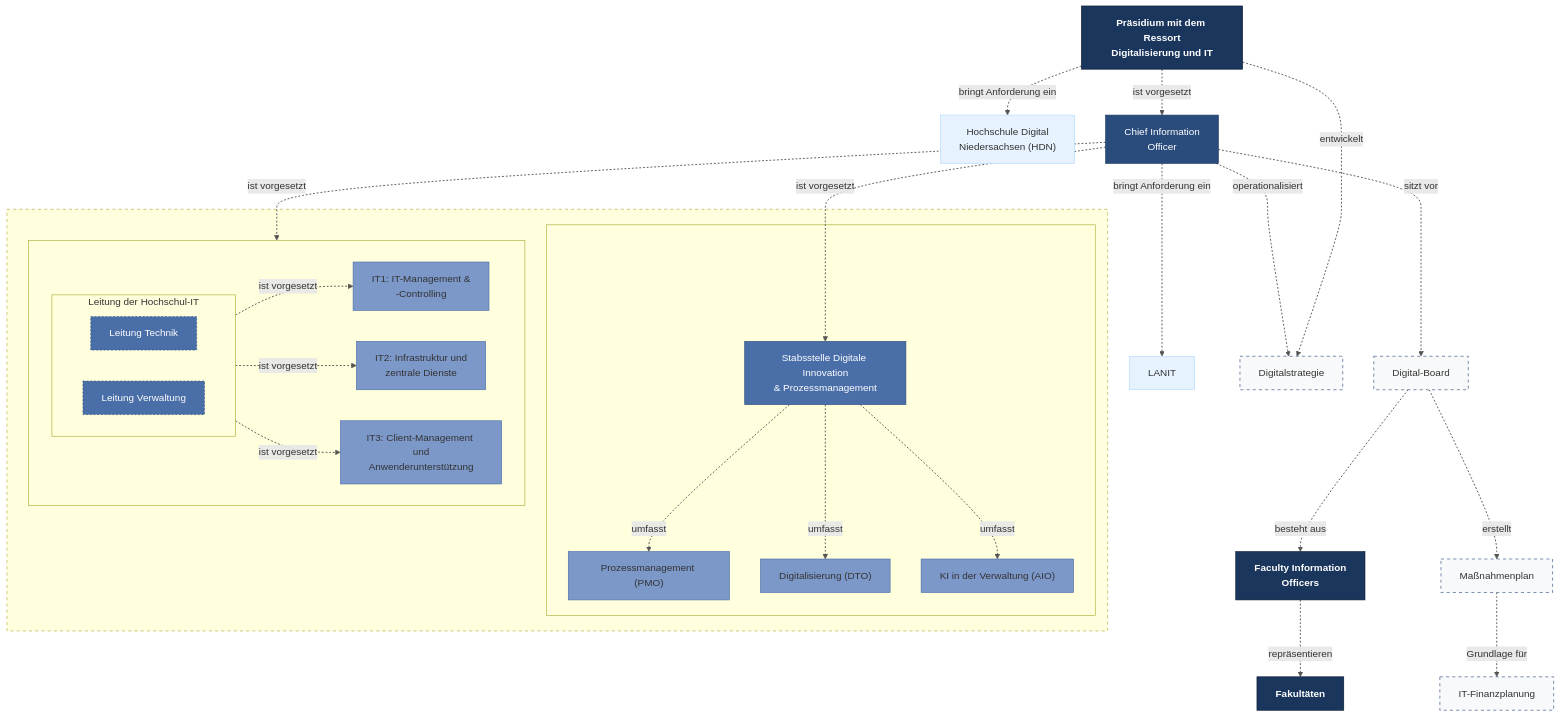
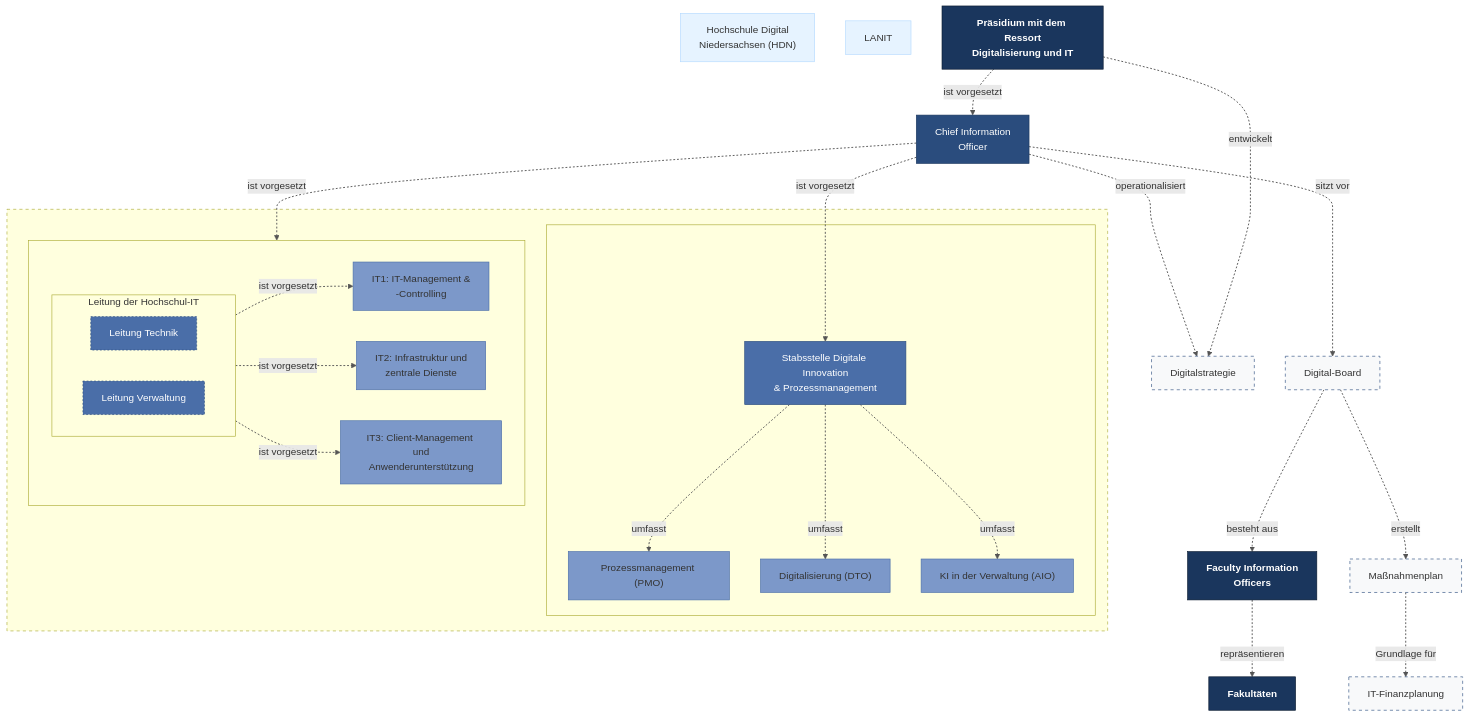
The diagram in 20-organisation.mmd (Hochschule-Hannover/digital-strategie), drawn with Mermaid before and after one commit. The commit also changed 1 other file, not shown here.

Commit message:
refactor: adjust image width and clean up flowchart connections
- set image width for the IT collaboration diagram to 60%
- removed redundant connection from PraesidiumIT to HDN in the flowchart
- cleaned up connection labels for clarity

```diff
--- a/20-organisation.mmd
+++ b/20-organisation.mmd
@@ -1,119 +1,117 @@
 %%{init: {
   "theme": "dark", 
   "themeVariables": {
     "fontFamily": "'FF Unit Pro', cursive, sans-serif", 
     "fontSize": "20px",
     "primaryColor": "#fafafa",
     "primaryBorderColor": "#333333",
     "background": "#fffdf8",
     "mainBkg": "#fffdf8",
     "lineColor": "#555555",
     "textColor": "#666666"
   }, 
   "flowchart": {
     "diagramPadding": 32, 
     "nodeSpacing": 50, 
     "rankSpacing": 70, 
     "curve": "basis"
   }
 }}%%
 %%{ init: { 'flowchart': { 'curve': 'basis', "defaultRenderer": "dagre" } } }%%
 flowchart TB
     %% Stile für den Handgezeichnet-Look
     linkStyle default stroke:#555555,stroke-width:1.5px,stroke-dasharray: 3 3
     
     %% HDN an der Spitze
     HDN["Hochschule Digital<br/>Niedersachsen (HDN)"]:::ebene0
     
     %% LANIT auf gleicher Ebene
     LANIT["LANIT"]:::ebene0
     
     %% Präsidium direkt unter HDN
     PraesidiumIT["Präsidium mit dem Ressort<br/>Digitalisierung und IT"]:::ebene1
 
     %% SDIP (Stabsstelle) - zuerst definiert außerhalb
     
     %% CIO - nach SDIP definiert
     CIO["Chief Information<br/>Officer"]:::ebene2
     
     %% Missing definitions
     Digitalstrategie["Digitalstrategie"]:::ebene2_stab
     DigitalBoard["Digital-Board"]:::ebene2_stab
     
     %% Digitalstrategie wird vom Präsidium entwickelt
     PraesidiumIT --> |"entwickelt"| Digitalstrategie
-    PraesidiumIT --> |"bringt Anforderung ein"| HDN
 
         %% Ebene 4 - Ausführende Ebene
         FIOs["Faculty Information<br/>Officers"]:::ebene1
         Massnahmenplan["Maßnahmenplan"]:::ebene2_stab
         Finanzplanung["IT-Finanzplanung"]:::ebene2_stab
 
         %% Verbindungen zu den spezifischen IT-Organisationseinheiten
         DigitalBoard --> |"besteht aus"| FIOs
         DigitalBoard --> |"erstellt"| Massnahmenplan
         FIOs --> |"repräsentieren"| Fakultaeten
         Massnahmenplan --> |"Grundlage für"| Finanzplanung
 
     Fakultaeten["Fakultäten"]:::ebene1
 
     %% Hierarchische Beziehungen
     %% CIO ist der SDIP vorgesetzt
     CIO --> |"ist vorgesetzt"| SDIP
     
     PraesidiumIT --> |"ist vorgesetzt"| CIO
     
     CIO --> |"operationalisiert"| Digitalstrategie
     CIO --> |"sitzt vor"| DigitalBoard
-    CIO --> |"ist vorgesetzt"| Dezernatsleitung
-    CIO --> |"bringt Anforderung ein"| LANIT  
+    CIO --> |"ist vorgesetzt"| Dezernatsleitung  
 
     %% Übergeordneter Kasten um SDIP und HochschulIT
     subgraph IT_Organisation[" "]
         %% SDIP in eigenem Kasten mit Kindern
         subgraph SDIP_Bereich[" "]
             SDIP["Stabsstelle Digitale Innovation<br/>& Prozessmanagement"]:::ebene3
             PMO["Prozessmanagement (PMO)"]:::ebene4
             DTO["Digitalisierung (DTO)"]:::ebene4
             AIO["KI in der Verwaltung (AIO)"]:::ebene4
             
             %% SDIP Verbindungen innerhalb
             SDIP --> |"umfasst"| PMO
             SDIP --> |"umfasst"| DTO
             SDIP --> |"umfasst"| AIO
         end
 
         %% HochschulIT-Subgraph (nur für Dezernatsleitung und IT-Bereiche)
         subgraph HochschulIT[" "]
             direction LR
             
             subgraph Dezernatsleitung["Leitung der Hochschul-IT"]
                 direction LR
                 Tech["Leitung Technik"]:::ebene3
                 Org["Leitung Verwaltung"]:::ebene3
             end
 
             IT1["IT1: IT-Management &<br/>-Controlling"]:::ebene4
             IT2["IT2: Infrastruktur und<br/>zentrale Dienste"]:::ebene4
             IT3["IT3: Client-Management und<br/>Anwenderunterstützung"]:::ebene4
 
             Dezernatsleitung --> |"ist vorgesetzt"|IT1
             Dezernatsleitung --> |"ist vorgesetzt"|IT2
             Dezernatsleitung --> |"ist vorgesetzt"|IT3
         end
     end
 
     
     %% Professionelle Farbdefinitionen für die hierarchischen Ebenen
     classDef ebene0 fill:#E6F3FF,stroke:#B3D9FF,stroke-width:1px,color:#333333
     classDef ebene1 fill:#1A365D,stroke:#0A1A2F,stroke-width:1px,color:#FFFFFF,font-weight:bold
     classDef ebene2 fill:#2A4C7D,stroke:#1A365D,stroke-width:1px,color:#FFFFFF
     classDef ebene2_alt fill:#8B5A3C,stroke:#5D3A26,stroke-width:1px,color:#FFFFFF
     classDef ebene2_stab fill:#F8F9FA,stroke:#2A4C7D,stroke-width:1px,stroke-dasharray:5 5,color:#333333
     classDef ebene3 fill:#4A6EA8,stroke:#2A4C7D,stroke-width:1px,color:#FFFFFF
     classDef ebene4 fill:#7C98C9,stroke:#4A6EA8,stroke-width:1px,color:#333333
     classDef ebene5 fill:#A8BCDF,stroke:#7C98C9,stroke-width:1px,color:#333333
 
     style Org stroke-dasharray:3 3
     style Tech stroke-dasharray:3 3
     style IT_Organisation stroke-dasharray:5 5
```
